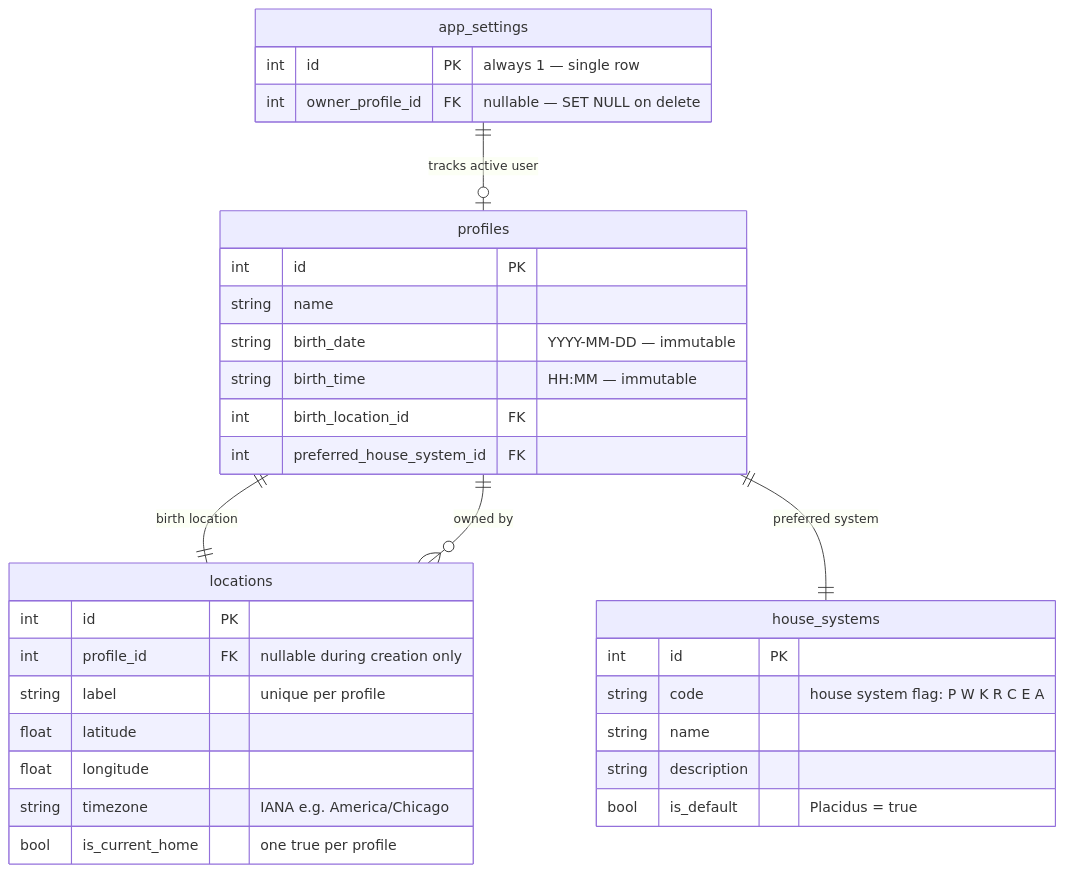
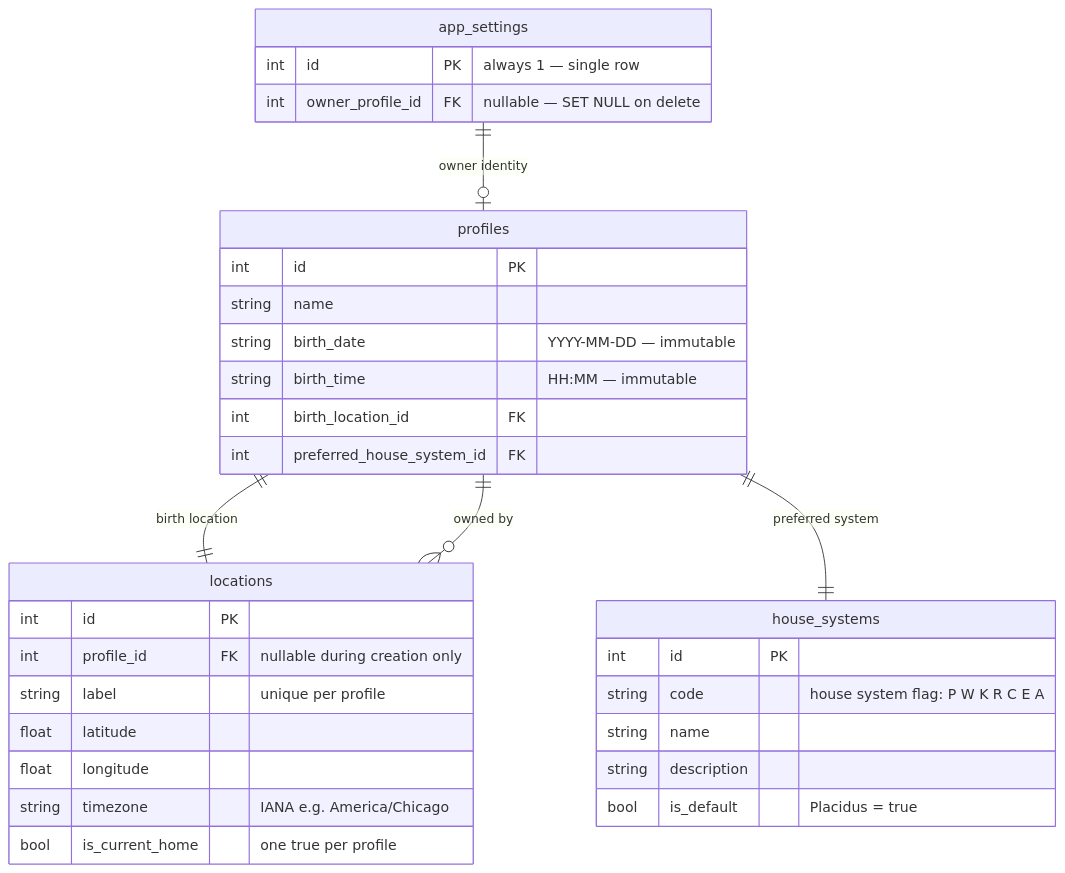
The second of 6 diagrams in docs/DATABASE_SCHEMA.md (w8s/w8s-astro-mcp), drawn with Mermaid before and after one commit.

Commit message:
docs: fix stale relationship label in DATABASE_SCHEMA.md
Domain diagram for app_settings had 'tracks active user' — updated
to 'owner identity' to match the v0.12.0 owner_profile_id model.

````diff
--- a/docs/DATABASE_SCHEMA.md
+++ b/docs/DATABASE_SCHEMA.md
@@ -205,36 +205,36 @@
 ```mermaid
 erDiagram
     app_settings {
         int id PK "always 1 — single row"
         int owner_profile_id FK "nullable — SET NULL on delete"
     }
     house_systems {
         int id PK
         string code "house system flag: P W K R C E A"
         string name
         string description
         bool is_default "Placidus = true"
     }
     locations {
         int id PK
         int profile_id FK "nullable during creation only"
         string label "unique per profile"
         float latitude
         float longitude
         string timezone "IANA e.g. America/Chicago"
         bool is_current_home "one true per profile"
     }
     profiles {
         int id PK
         string name
         string birth_date "YYYY-MM-DD — immutable"
         string birth_time "HH:MM — immutable"
         int birth_location_id FK
         int preferred_house_system_id FK
     }
 
-    app_settings ||--o| profiles : "tracks active user"
+    app_settings ||--o| profiles : "owner identity"
     profiles ||--|| locations : "birth location"
     profiles ||--|| house_systems : "preferred system"
     locations }o--|| profiles : "owned by"
 ```
````
